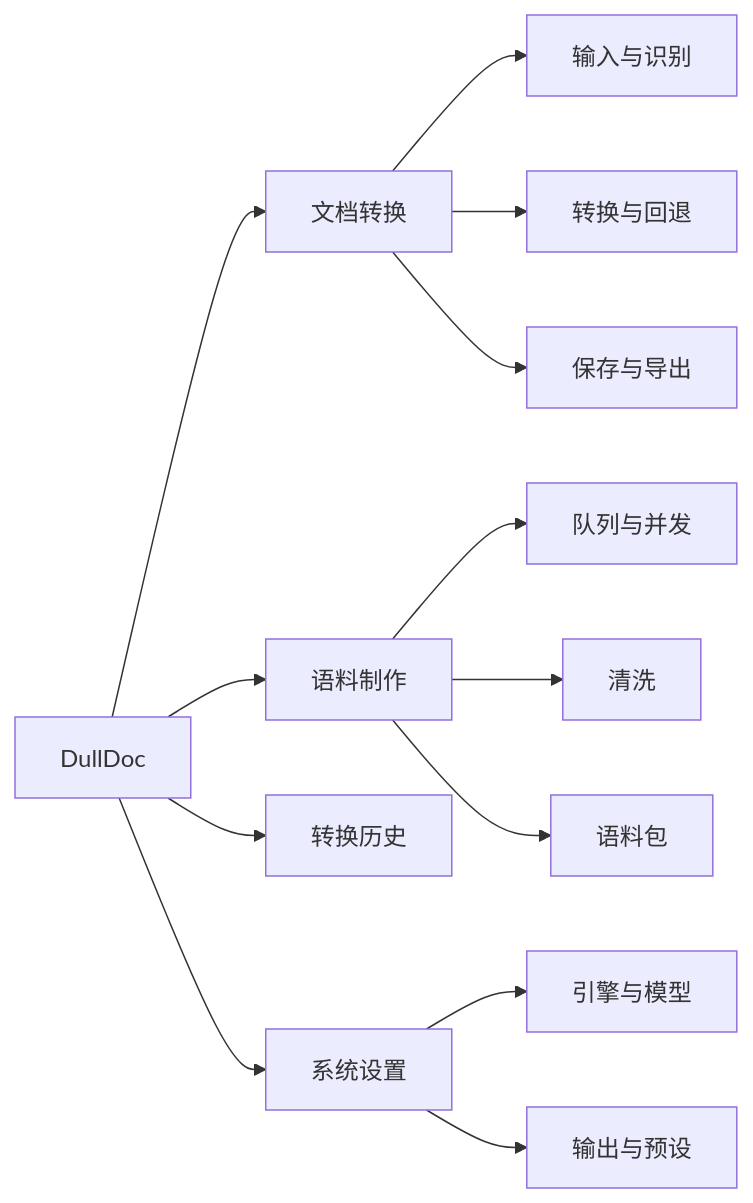
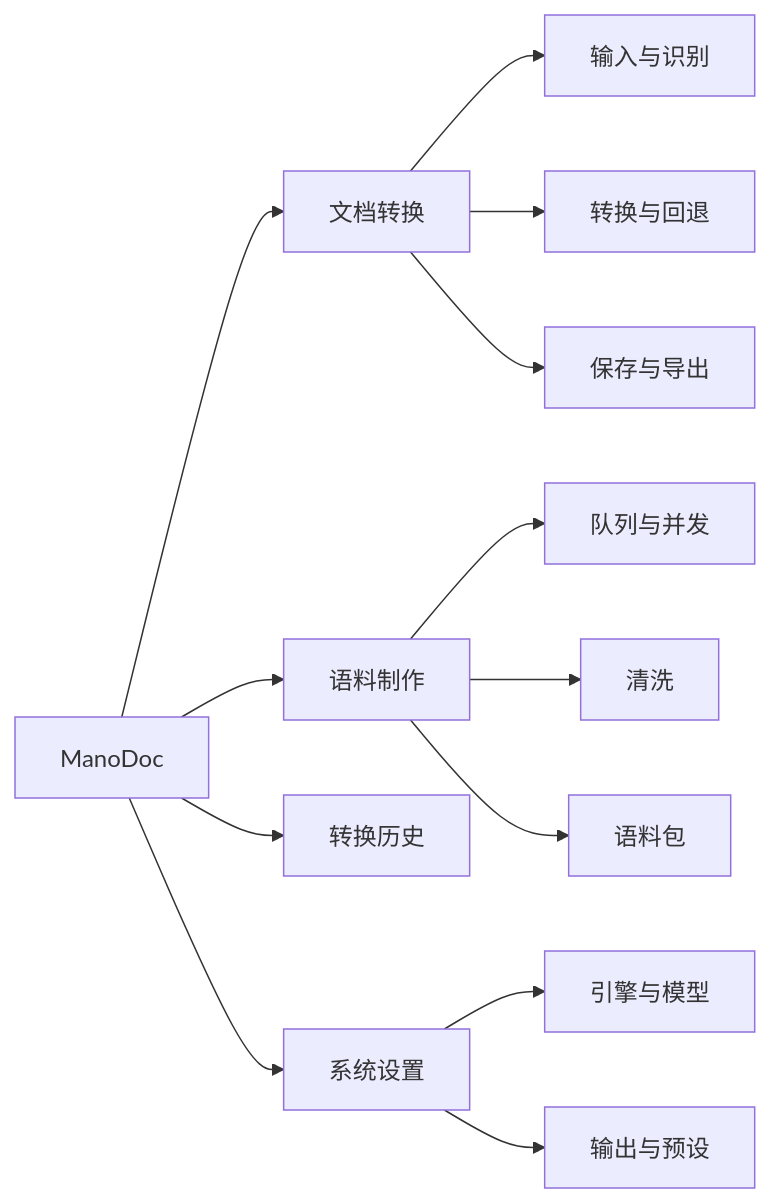
One commit to 987763485/ManoDoc changed the first of 21 diagrams in docs/superpowers/软件功能设计说明.md. Above: the diagram before and after it, drawn with Mermaid. The commit also changed other lines of this file and 43 other files, not shown here.

````diff
--- a/docs/superpowers/软件功能设计说明.md
+++ b/docs/superpowers/软件功能设计说明.md
@@ -54,16 +54,16 @@
 ```mermaid
 flowchart LR
-  App["DullDoc"]
+  App["ManoDoc"]
   App --> Convert["文档转换"]
   App --> Batch["语料制作"]
   App --> History["转换历史"]
   App --> Settings["系统设置"]
   Convert --> Input["输入与识别"]
   Convert --> Engine["转换与回退"]
   Convert --> Output["保存与导出"]
   Batch --> Queue["队列与并发"]
   Batch --> Clean["清洗"]
   Batch --> Corpus["语料包"]
   Settings --> EngineCfg["引擎与模型"]
   Settings --> OutputCfg["输出与预设"]
 ```
````
